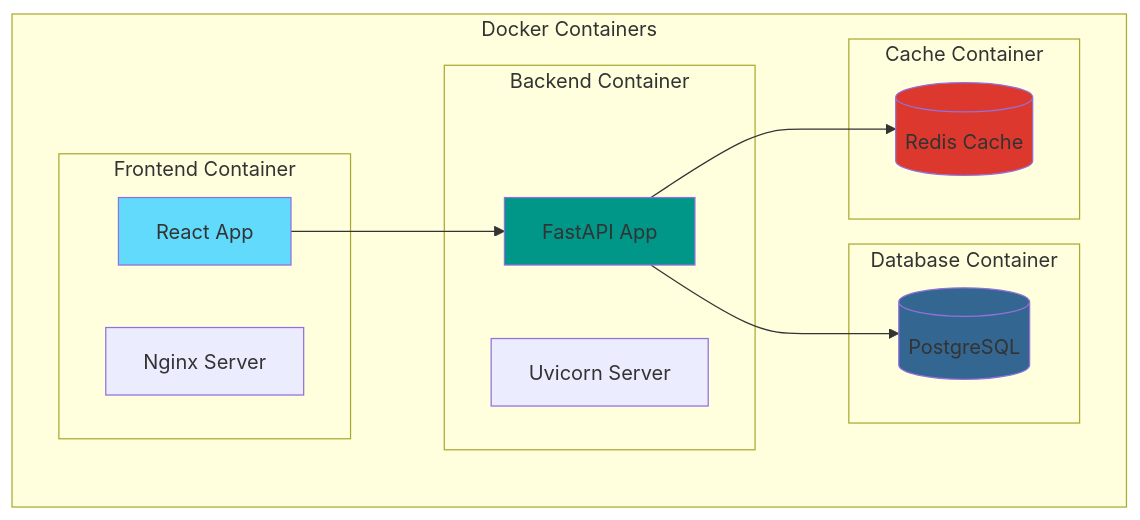
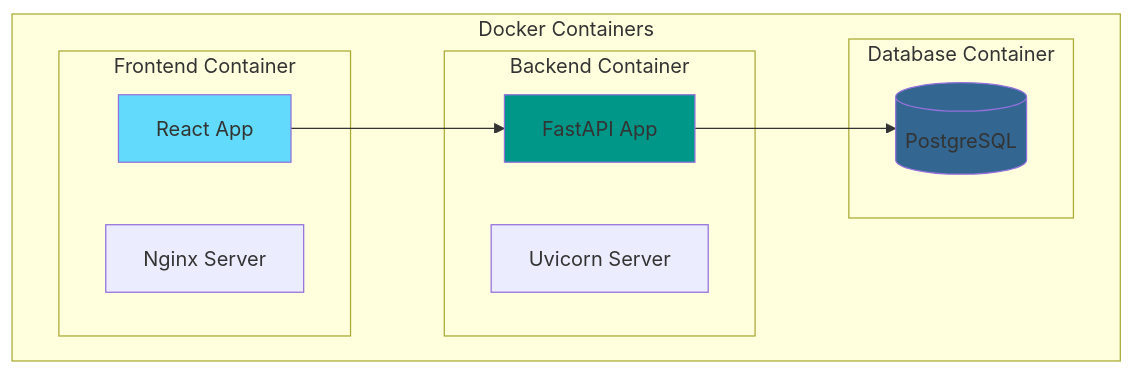
Before and after one commit to joshzacharytan/generation-capstone: the second of 2 diagrams in README.md, drawn with Mermaid. The commit also changed other lines of this file, not shown here.

Commit message:
Updated README.md to remove redis references

````diff
--- a/README.md
+++ b/README.md
@@ -260,31 +258,25 @@
 ```mermaid
 graph TB
     subgraph "Docker Containers"
         subgraph "Frontend Container"
             React[React App]
             Nginx[Nginx Server]
         end
         
         subgraph "Backend Container"
             FastAPI[FastAPI App]
             Uvicorn[Uvicorn Server]
         end
         
         subgraph "Database Container"
             Postgres[(PostgreSQL)]
         end
-        
-        subgraph "Cache Container"
-            Redis[(Redis Cache)]
-        end
     end
     
     React --> FastAPI
     FastAPI --> Postgres
-    FastAPI --> Redis
     
     style React fill:#61dafb
     style FastAPI fill:#009688
     style Postgres fill:#336791
-    style Redis fill:#dc382d
 ```
````
